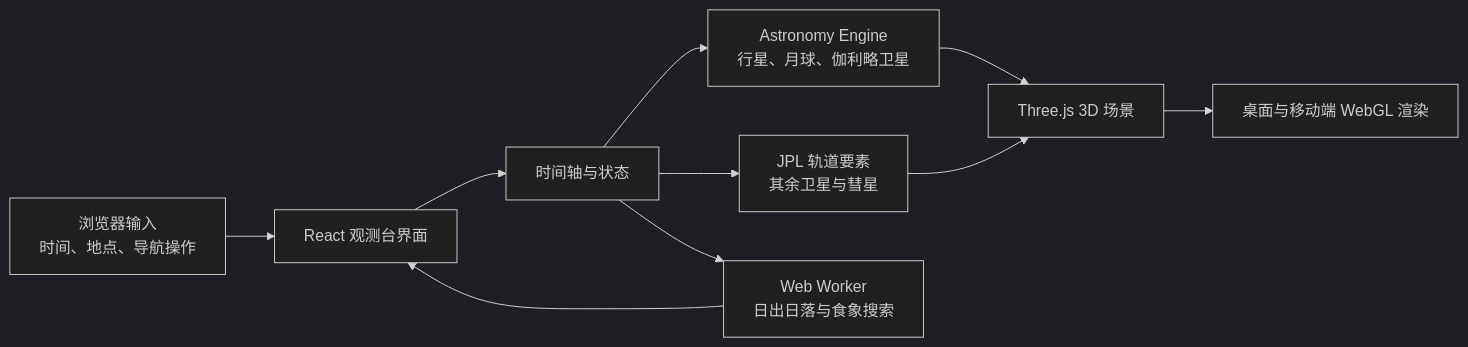
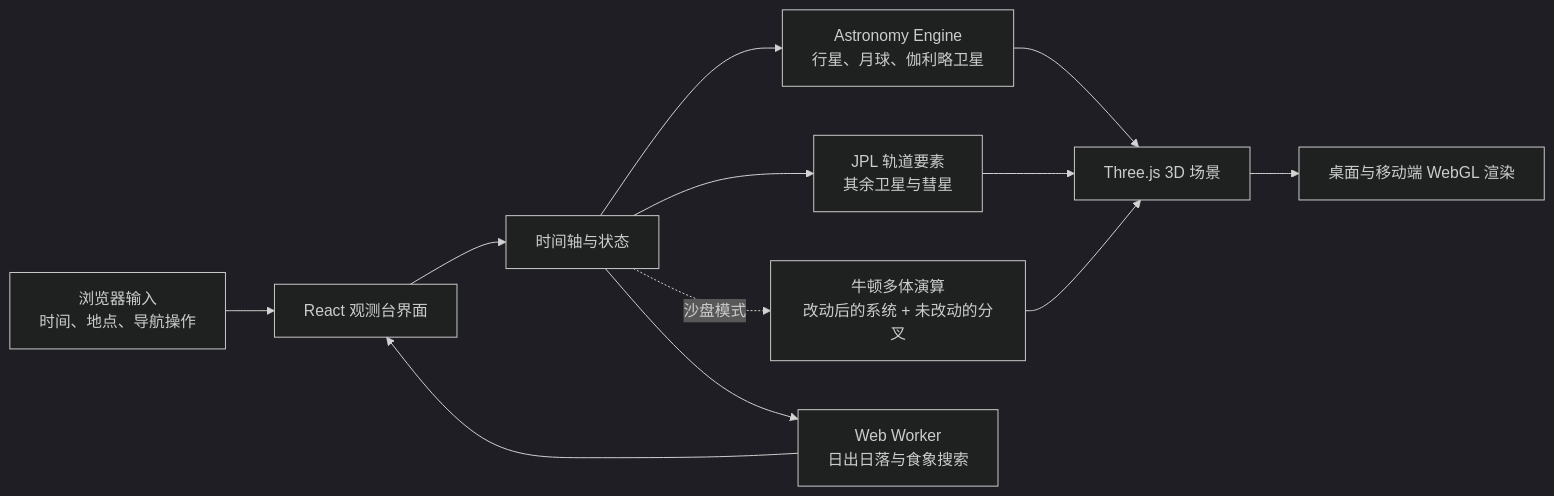
Before and after one commit to hugogu/orbit: the diagram in README.zh-CN.md, drawn with Mermaid (dark theme). The commit also changed other lines of this file and 6 other files, not shown here.

````diff
--- a/README.zh-CN.md
+++ b/README.zh-CN.md
@@ -89,12 +90,14 @@
 ```mermaid
 flowchart LR
   A[浏览器输入<br/>时间、地点、导航操作] --> B[React 观测台界面]
   B --> C[时间轴与状态]
   C --> D[Astronomy Engine<br/>行星、月球、伽利略卫星]
   C --> E[JPL 轨道要素<br/>其余卫星与彗星]
+  C -.沙盘模式.-> I[牛顿多体演算<br/>改动后的系统 + 未改动的分叉]
   D --> F[Three.js 3D 场景]
   E --> F
+  I --> F
   C --> G[Web Worker<br/>日出日落与食象搜索]
   G --> B
   F --> H[桌面与移动端 WebGL 渲染]
 ```
````
